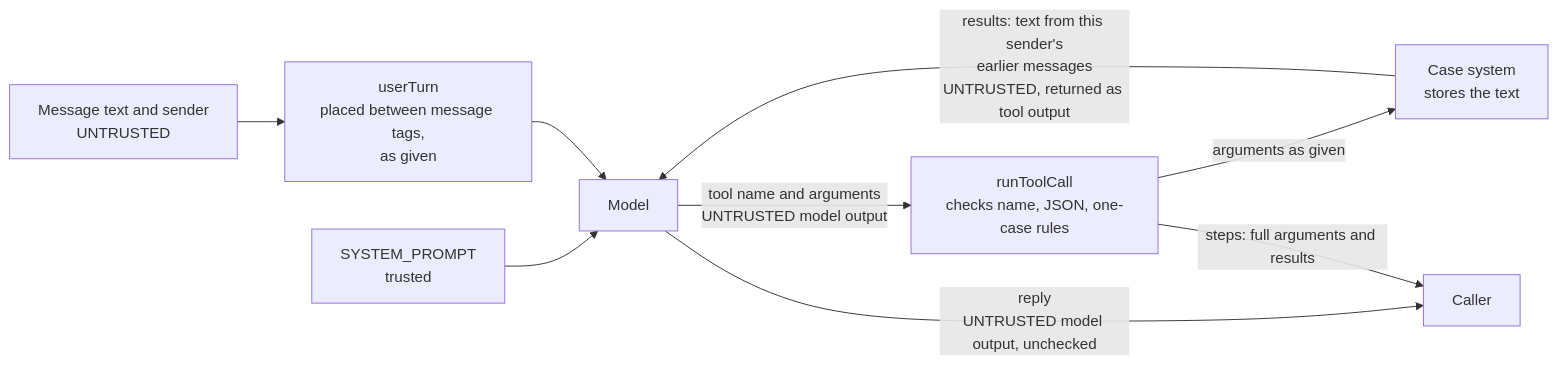
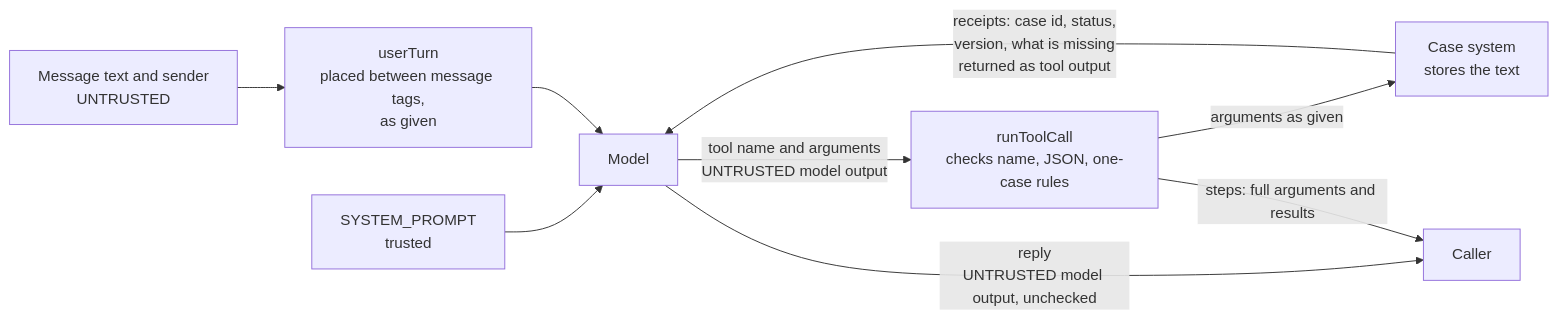
Before and after one commit to AndrewPHunter/ai-on-aws: the fourth of 4 diagrams in docs/architecture/intake-agent-handwritten.md, drawn with Mermaid. The commit also changed other lines of this file and 10 other files, not shown here.

````diff
--- a/docs/architecture/intake-agent-handwritten.md
+++ b/docs/architecture/intake-agent-handwritten.md
@@ -261,11 +264,11 @@
 ```mermaid
 flowchart LR
     U["Message text and sender<br/>UNTRUSTED"] --> P["userTurn<br/>placed between message tags,<br/>as given"]
     SP["SYSTEM_PROMPT<br/>trusted"] --> MD["Model"]
     P --> MD
     MD -->|"tool name and arguments<br/>UNTRUSTED model output"| R["runToolCall<br/>checks name, JSON, one-case rules"]
     R -->|"arguments as given"| K["Case system<br/>stores the text"]
-    K -->|"results: text from this sender's<br/>earlier messages<br/>UNTRUSTED, returned as tool output"| MD
+    K -->|"receipts: case id, status,<br/>version, what is missing<br/>returned as tool output"| MD
     MD -->|"reply<br/>UNTRUSTED model output, unchecked"| C["Caller"]
     R -->|"steps: full arguments and results"| C
 ```
````
